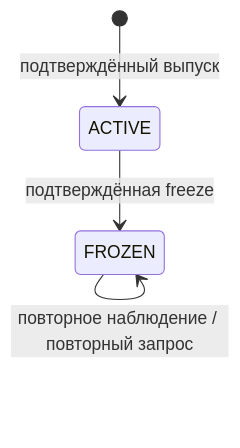
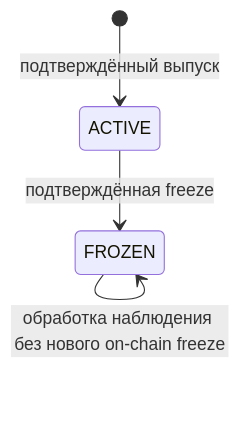
The third of 3 diagrams in docs/common/00_BOUNTYTEAM_MANIFEST.md (ktyfujkjdfx/bountyteam-carbon-mrv), drawn with Mermaid before and after one commit. The commit also changed other lines of this file and 11 other files, not shown here.

````diff
--- a/docs/common/00_BOUNTYTEAM_MANIFEST.md
+++ b/docs/common/00_BOUNTYTEAM_MANIFEST.md
@@ -236,6 +236,6 @@
 ```mermaid
 stateDiagram-v2
     [*] --> ACTIVE: подтверждённый выпуск
     ACTIVE --> FROZEN: подтверждённая freeze
-    FROZEN --> FROZEN: повторное наблюдение / повторный запрос
+    FROZEN --> FROZEN: обработка наблюдения без нового on-chain freeze
 ```
````
